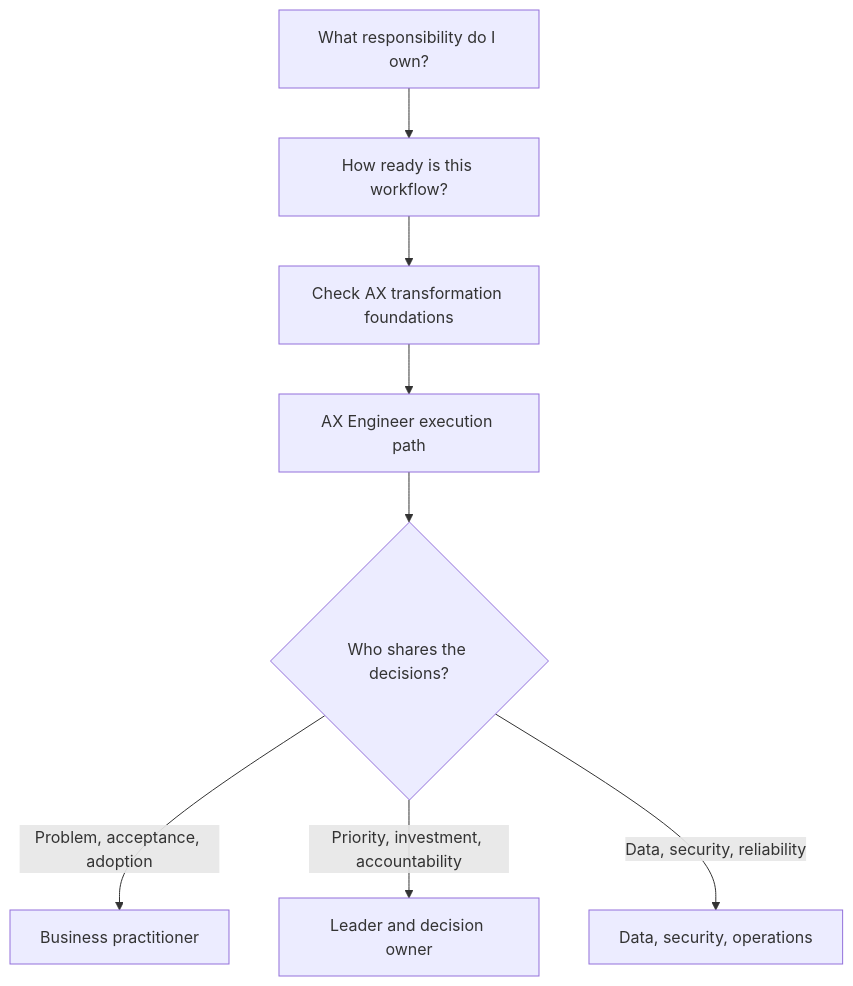
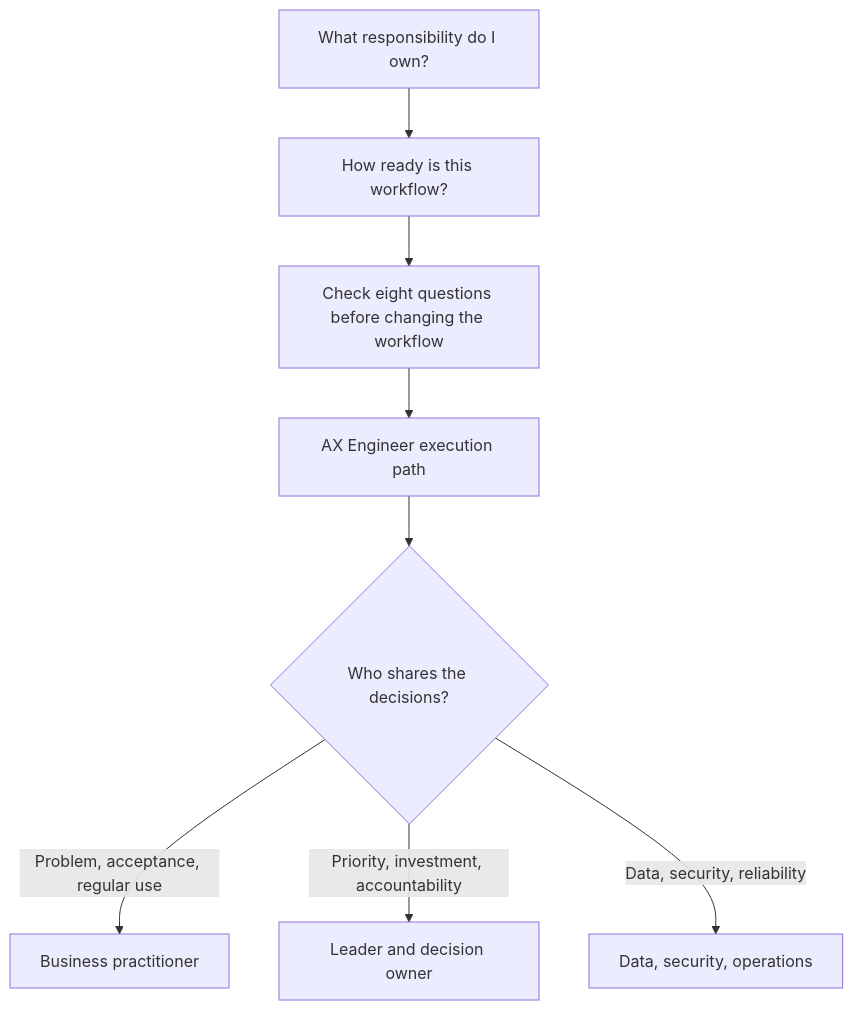
One commit to woogi-kang/ax-engineer-roadmap changed the diagram in en/start-here/README.md. Above: the diagram before and after it, drawn with Mermaid. The commit also changed other lines of this file and 217 other files, not shown here.

First line of the commit message:
docs: refresh AX roadmap and retire legacy site (#29)

````diff
--- a/en/start-here/README.md
+++ b/en/start-here/README.md
@@ -5,10 +5,10 @@
 ```mermaid
 flowchart TD
     A["What responsibility do I own?"] --> B["How ready is this workflow?"]
-    B --> C["Check AX transformation foundations"]
+    B --> C["Check eight questions before changing the workflow"]
     C --> D["AX Engineer execution path"]
     D --> E{"Who shares the decisions?"}
-    E -->|"Problem, acceptance, adoption"| F["Business practitioner"]
+    E -->|"Problem, acceptance, regular use"| F["Business practitioner"]
     E -->|"Priority, investment, accountability"| G["Leader and decision owner"]
     E -->|"Data, security, reliability"| H["Data, security, operations"]
 ```
````
